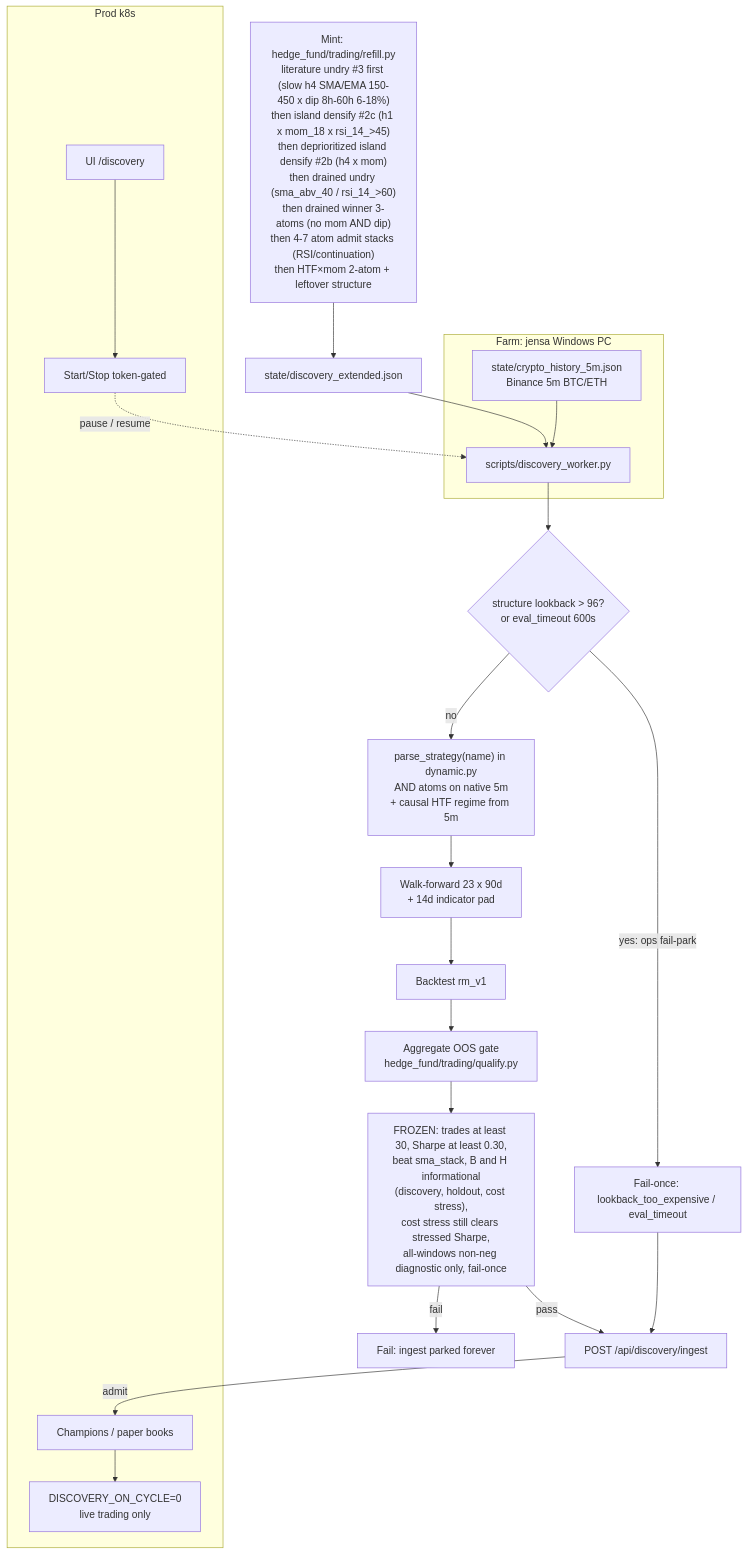
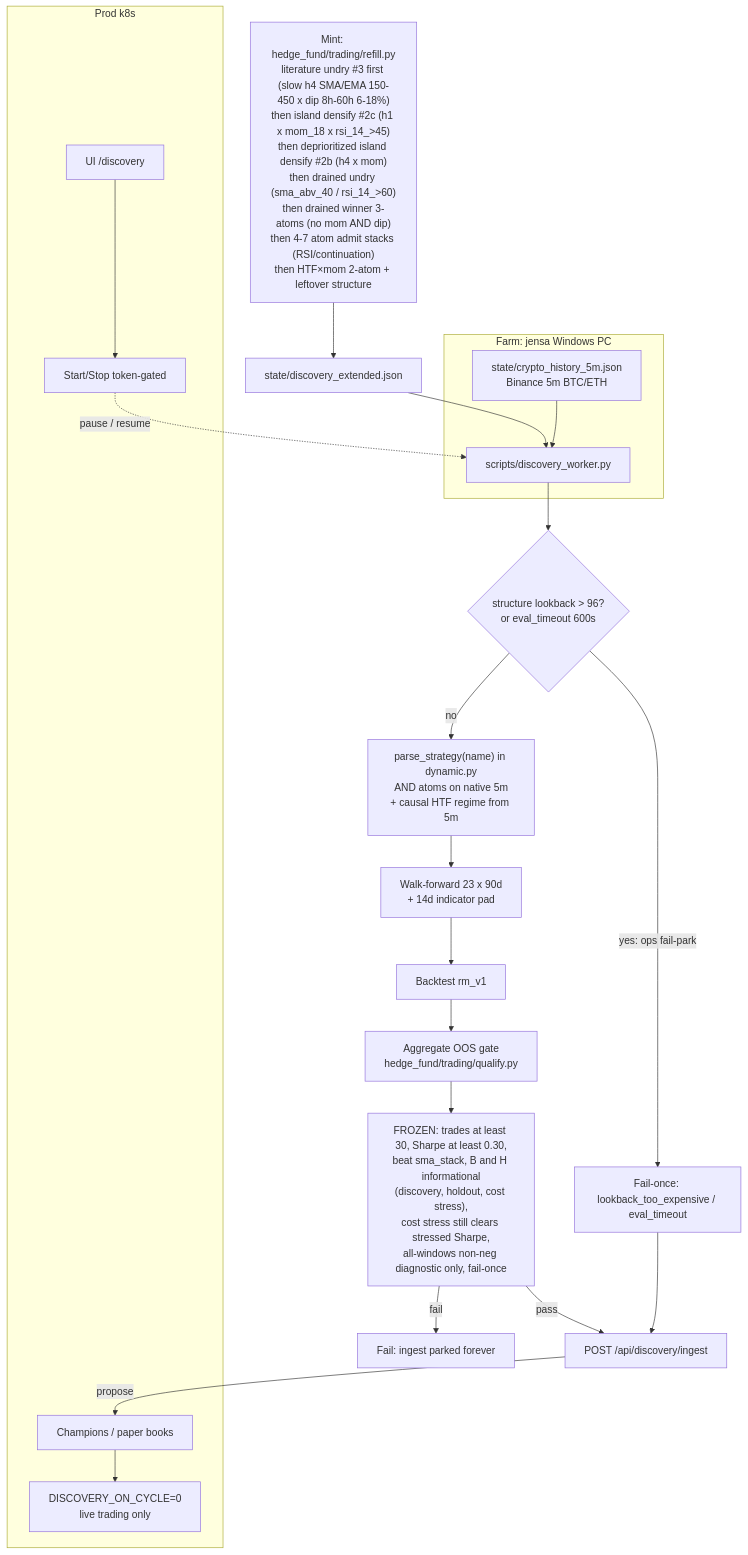
Before and after one commit to Runemark7/paper-trading-bot: the first of 3 diagrams in docs/WORKFLOW.md, drawn with Mermaid. The commit also changed other lines of this file and 30 other files, not shown here.

````diff
--- a/docs/WORKFLOW.md
+++ b/docs/WORKFLOW.md
@@ -60,42 +60,42 @@
 ```mermaid
 flowchart TB
   recipe["Mint: hedge_fund/trading/refill.py\nliterature undry #3 first (slow h4 SMA/EMA 150-450 x dip 8h-60h 6-18%)\nthen island densify #2c (h1 x mom_18 x rsi_14_>45)\nthen deprioritized island densify #2b (h4 x mom)\nthen drained undry (sma_abv_40 / rsi_14_>60)\nthen drained winner 3-atoms (no mom AND dip)\nthen 4-7 atom admit stacks (RSI/continuation)\nthen HTF×mom 2-atom + leftover structure"]
   ext["state/discovery_extended.json"]
   recipe --> ext
 
   subgraph farm [Farm: jensa Windows PC]
     worker["scripts/discovery_worker.py"]
     hist["state/crypto_history_5m.json\nBinance 5m BTC/ETH"]
   end
   ext --> worker
   hist --> worker
 
   guard{"structure lookback > 96?\nor eval_timeout 600s"}
   parse["parse_strategy(name) in dynamic.py\nAND atoms on native 5m\n+ causal HTF regime from 5m"]
   wf["Walk-forward 23 x 90d\n+ 14d indicator pad"]
   bt["Backtest rm_v1"]
   gate["Aggregate OOS gate\nhedge_fund/trading/qualify.py"]
   worker --> guard
   guard -->|"yes: ops fail-park"| parkOps["Fail-once: lookback_too_expensive / eval_timeout"]
   guard -->|no| parse --> wf --> bt --> gate
 
   frozen["FROZEN: trades at least 30, Sharpe at least 0.30,\nbeat sma_stack, B and H informational\n(discovery, holdout, cost stress),\ncost stress still clears stressed Sharpe,\nall-windows non-neg diagnostic only, fail-once"]
   gate --> frozen
 
   ingest["POST /api/discovery/ingest"]
   park["Fail: ingest parked forever"]
   frozen -->|"pass"| ingest
   frozen -->|"fail"| park
   parkOps --> ingest
 
   subgraph prod [Prod k8s]
     champs["Champions / paper books"]
     live["DISCOVERY_ON_CYCLE=0\nlive trading only"]
     ui["UI /discovery"]
     ctl["Start/Stop token-gated"]
   end
-  ingest -->|"admit"| champs
+  ingest -->|"propose"| champs
   champs --> live
   ui --> ctl
   ctl -.->|"pause / resume"| worker
 ```
````
